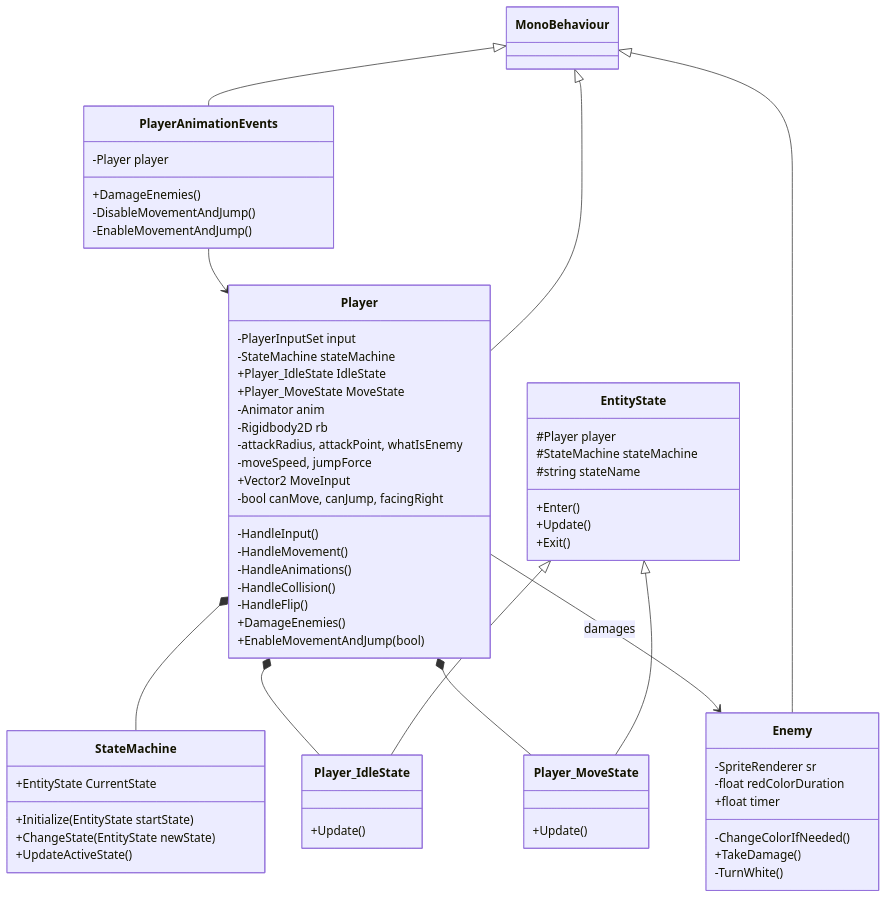
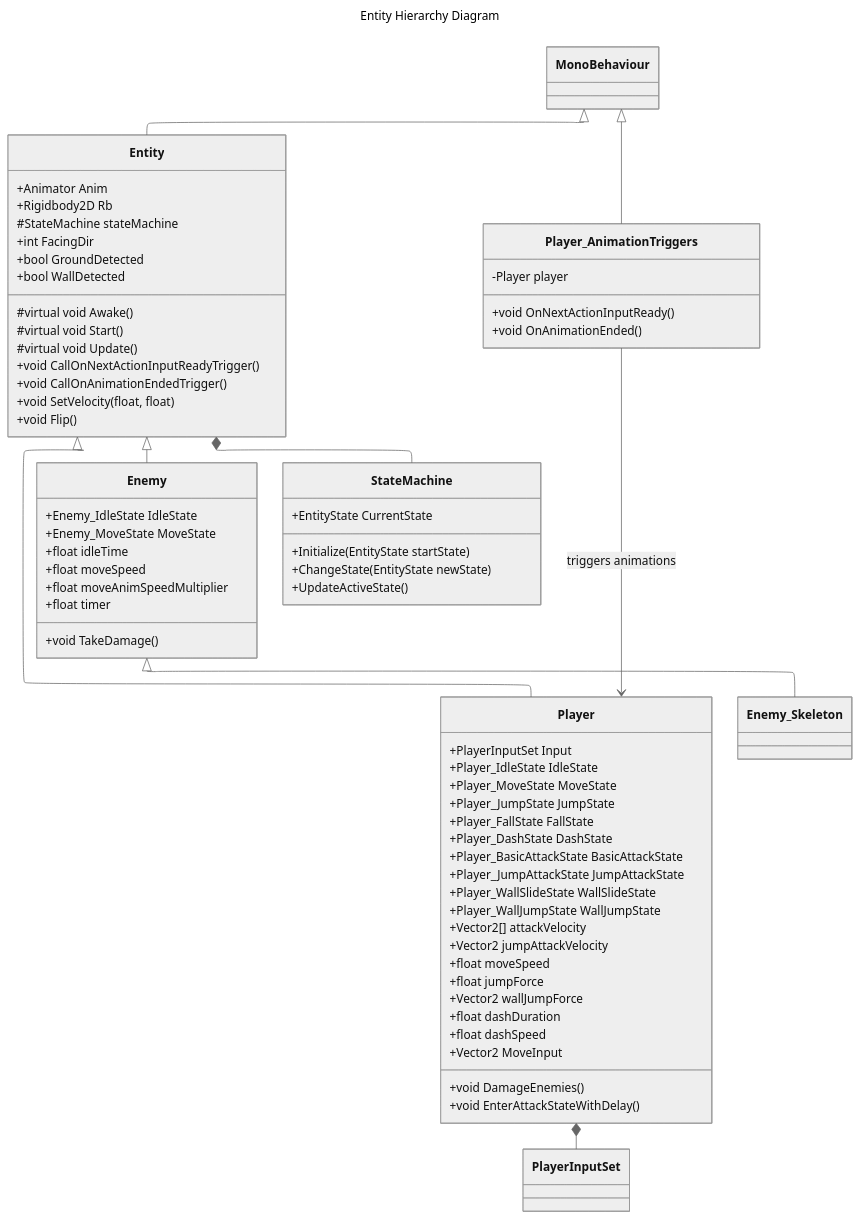
One commit to HelloImKevo/Unity2DRPG changed the first of 2 diagrams in README.md. Above: the diagram before and after it, drawn with Mermaid. The commit also changed other lines of this file, not shown here.

Commit message:
Generate more advanced Mermaid diagrams for class hierarchies in README

````diff
--- a/README.md
+++ b/README.md
@@ -141,10 +208,80 @@
 ```mermaid
+---
+title: Entity Hierarchy Diagram
+config:
+  theme: neutral
+  layout: elk
+---
 classDiagram
     direction TB
     
-    MonoBehaviour <|-- Player
-    MonoBehaviour <|-- Enemy
-    MonoBehaviour <|-- PlayerAnimationEvents
+    MonoBehaviour <|-- Entity
+    Entity <|-- Player
+    Entity <|-- Enemy
+    Enemy <|-- Enemy_Skeleton
+    MonoBehaviour <|-- Player_AnimationTriggers
+    
+    class Entity {
+        +Animator Anim
+        +Rigidbody2D Rb
+        #StateMachine stateMachine
+        +int FacingDir
+        +bool GroundDetected
+        +bool WallDetected
+        #virtual void Awake()
+        #virtual void Start()
+        #virtual void Update()
+        +void CallOnNextActionInputReadyTrigger()
+        +void CallOnAnimationEndedTrigger()
+        +void SetVelocity(float, float)
+        +void Flip()
+    }
+    
+    class Player {
+        +PlayerInputSet Input
+        +Player_IdleState IdleState
+        +Player_MoveState MoveState
+        +Player_JumpState JumpState
+        +Player_FallState FallState
+        +Player_DashState DashState
+        +Player_BasicAttackState BasicAttackState
+        +Player_JumpAttackState JumpAttackState
+        +Player_WallSlideState WallSlideState
+        +Player_WallJumpState WallJumpState
+        +Vector2[] attackVelocity
+        +Vector2 jumpAttackVelocity
+        +float moveSpeed
+        +float jumpForce
+        +Vector2 wallJumpForce
+        +float dashDuration
+        +float dashSpeed
+        +Vector2 MoveInput
+        +void DamageEnemies()
+        +void EnterAttackStateWithDelay()
+    }
+    
+    class Enemy {
+        +Enemy_IdleState IdleState
+        +Enemy_MoveState MoveState
+        +float idleTime
+        +float moveSpeed
+        +float moveAnimSpeedMultiplier
+        +float timer
+        +void TakeDamage()
+    }
+    
+    class Enemy_Skeleton {
+    }
+    
+    class Player_AnimationTriggers {
+        -Player player
+        +void OnNextActionInputReady()
+        +void OnAnimationEnded()
+    }
+    
+    Player_AnimationTriggers --> Player : triggers animations
+    Entity *-- StateMachine
+    Player *-- PlayerInputSet
     
     class StateMachine {
         +EntityState CurrentState
@@ -152,67 +289,4 @@
         +ChangeState(EntityState newState)
         +UpdateActiveState()
     }
-    
-    class EntityState {
-        #Player player
-        #StateMachine stateMachine
-        #string stateName
-        +Enter()
-        +Update()
-        +Exit()
-    }
-    
-    EntityState <|-- Player_IdleState
-    EntityState <|-- Player_MoveState
-    
-    Player *-- StateMachine
-    Player *-- Player_IdleState
-    Player *-- Player_MoveState
-    PlayerAnimationEvents --> Player
-    
-    class Player {
-        -PlayerInputSet input
-        -StateMachine stateMachine
-        +Player_IdleState IdleState
-        +Player_MoveState MoveState
-        -Animator anim
-        -Rigidbody2D rb
-        -attackRadius, attackPoint, whatIsEnemy
-        -moveSpeed, jumpForce
-        +Vector2 MoveInput
-        -bool canMove, canJump, facingRight
-        -HandleInput()
-        -HandleMovement()
-        -HandleAnimations()
-        -HandleCollision()
-        -HandleFlip()
-        +DamageEnemies()
-        +EnableMovementAndJump(bool)
-    }
-    
-    class Player_IdleState {
-        +Update()
-    }
-    
-    class Player_MoveState {
-        +Update()
-    }
-    
-    class PlayerAnimationEvents {
-        -Player player
-        +DamageEnemies()
-        -DisableMovementAndJump()
-        -EnableMovementAndJump()
-    }
-    
-    class Enemy {
-        -SpriteRenderer sr
-        -float redColorDuration
-        +float timer
-        -ChangeColorIfNeeded()
-        +TakeDamage()
-        -TurnWhite()
-    }
-    
-    Player --> Enemy : damages
 ```
````
